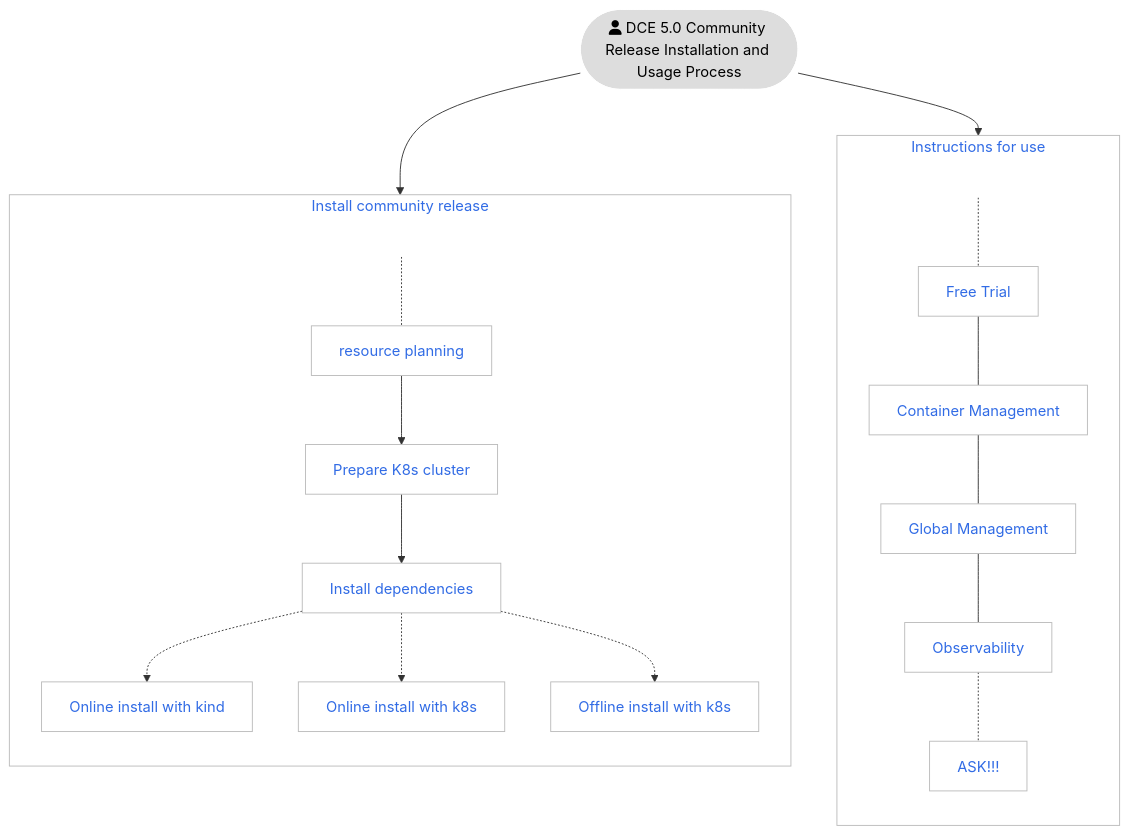
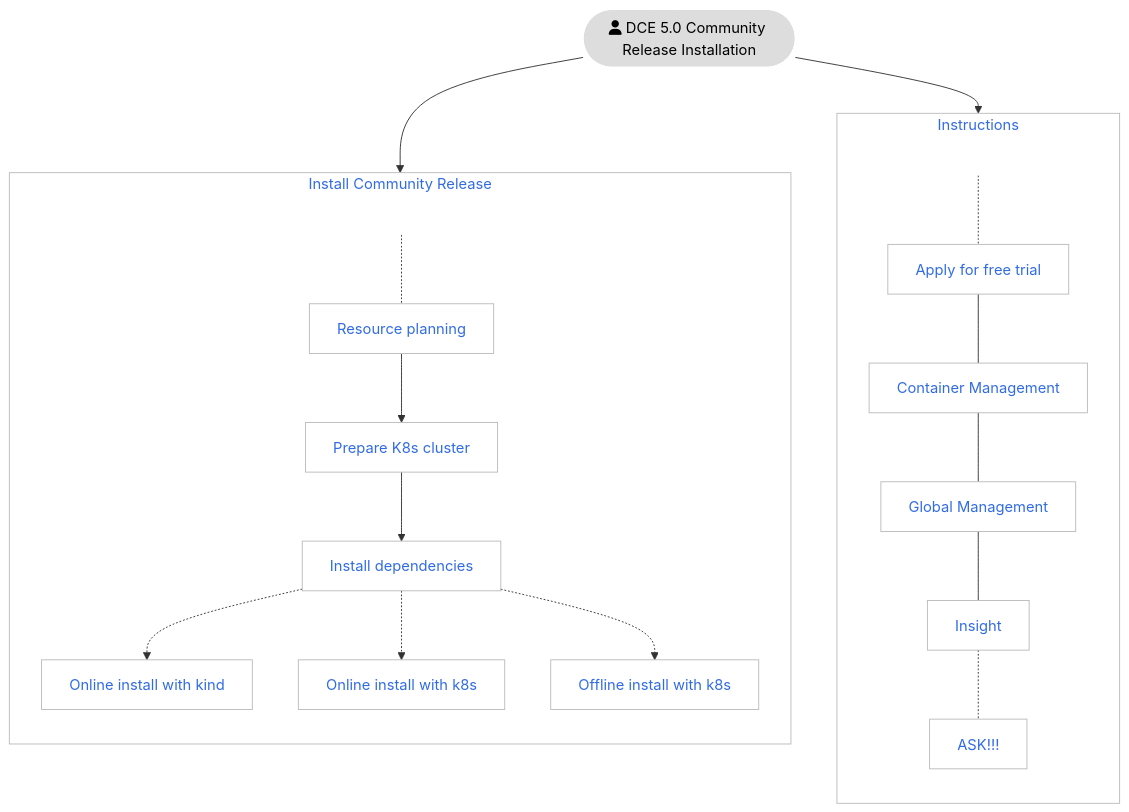
The first of 2 diagrams in docs/en/docs/install/intro.md (DaoCloud/DaoCloud-docs), drawn with Mermaid before and after one commit. The commit also changed other lines of this file and 47 other files, not shown here.

````diff
--- a/docs/en/docs/install/intro.md
+++ b/docs/en/docs/install/intro.md
@@ -19,49 +14,49 @@
 ```mermaid
 flowchart TB
 
-subgraph second[Instructions for use]
+subgraph second[Instructions]
     direction TB
     U[ ] -.-
-    free[Free Trial] --- kpanda[Container Management]
+    free[Apply for free trial] --- kpanda[Container Management]
     kpanda --- ghippo[Global Management]
-    ghippo --- insight[Observability]
+    ghippo --- insight[Insight]
     insight -.- ask[ASK!!!]
 end
 
-subgraph first[Install community release]
+subgraph first[Install Community Release]
     direction TB
     S[ ] -.-
-    plan[resource planning] --> k8s[Prepare K8s cluster]
+    plan[Resource planning] --> k8s[Prepare K8s cluster] 
     k8s --> tools[Install dependencies]
     tools -.-> kind[Online install with kind]
     tools -.-> s1[Online install with k8s]
     tools -.-> s2[Offline install with k8s]
 end
 
-start([fa:fa-user DCE 5.0 Community Release Installation and Usage Process]) --> first
+start([fa:fa-user DCE 5.0 Community Release Installation]) --> first
 start --> second
 
 classDef grey fill:#dddddd,stroke:#ffffff,stroke-width:px,color:#000000, font-size:15px;
 classDef white fill:#ffffff,stroke:#000,stroke-width:px,color:#000,font-weight:bold
 classDef spacewhite fill:#ffffff,stroke:#fff,stroke-width:0px,color:#000
 classDef plain fill:#ddd,stroke:#fff,stroke-width:1px,color:#000;
 classDef k8s fill:#326ce5,stroke:#fff,stroke-width:1px,color:#fff;
 classDef cluster fill:#fff,stroke:#bbb,stroke-width:1px,color:#326ce5;
 
 class plan,k8s,tools,kind,s1,s2,kpanda,ghippo,insight,free,ask cluster;
 class start plain
 class S,U spacewhite
 
-click plan "https://docs.daocloud.io/en/install/community/resources/"
-click k8s "https://docs.daocloud.io/en/install/community/kind/online/#kind"
-click tools "https://docs.daocloud.io/en/install/install-tools/"
-click kind "https://docs.daocloud.io/en/install/community/kind/online/"
-click s1 "https://docs.daocloud.io/en/install/community/k8s/online/"
-click s2 "https://docs.daocloud.io/en/install/community/k8s/offline/"
+click plan "https://docs.daocloud.io/install/community/resources/"
+click k8s "https://docs.daocloud.io/install/community/kind/online/#kind"
+click tools "https://docs.daocloud.io/install/install-tools/"
+click kind "https://docs.daocloud.io/install/community/kind/online/"
+click s1 "https://docs.daocloud.io/install/community/k8s/online/"
+click s2 "https://docs.daocloud.io/install/community/k8s/offline/"
 
-click kpanda "https://docs.daocloud.io/en/kpanda/intro/what/"
-click ghippo "https://docs.daocloud.io/en/ghippo/intro/what/"
-click insight "https://docs.daocloud.io/en/insight/intro/what/"
-click free "https://docs.daocloud.io/en/dce/license0/"
-click ask "https://docs.daocloud.io/en/install/intro/#_4"
+click kpanda "https://docs.daocloud.io/kpanda/intro/what/"
+click ghippo "https://docs.daocloud.io/ghippo/intro/what/"
+click insight "https://docs.daocloud.io/insight/intro/what/"
+click free "https://docs.daocloud.io/dce/license0/"
+click ask "https://docs.daocloud.io/install/intro/#_4"
 ```
````
